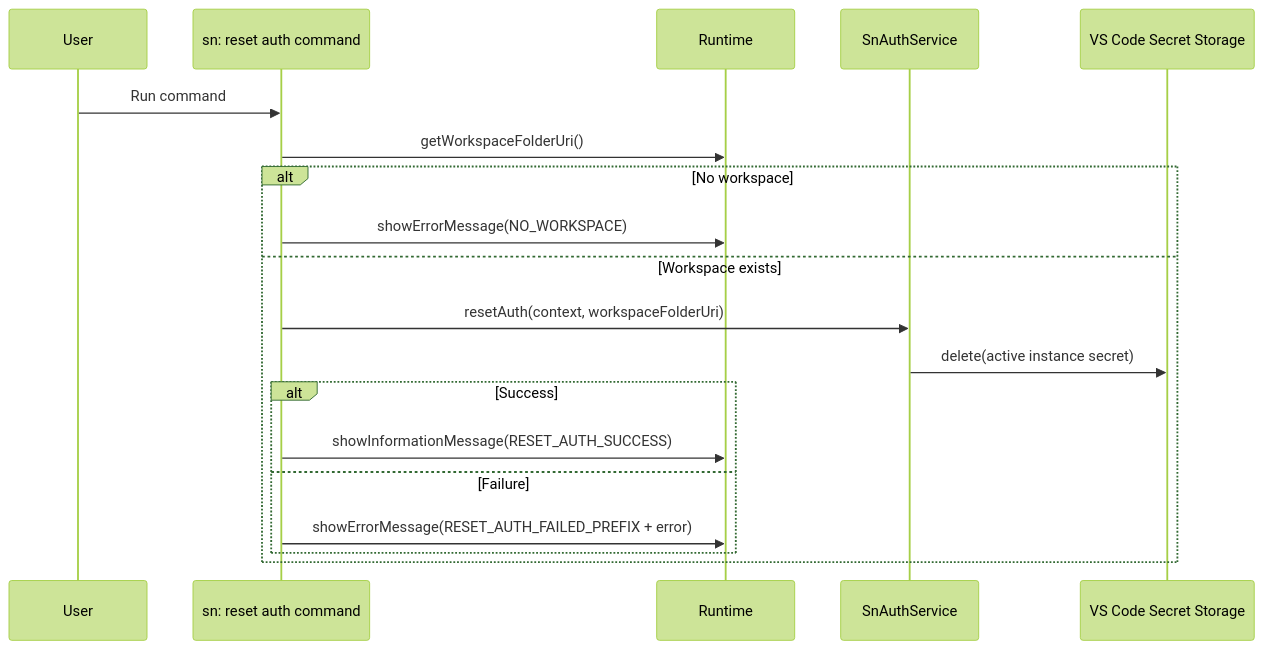
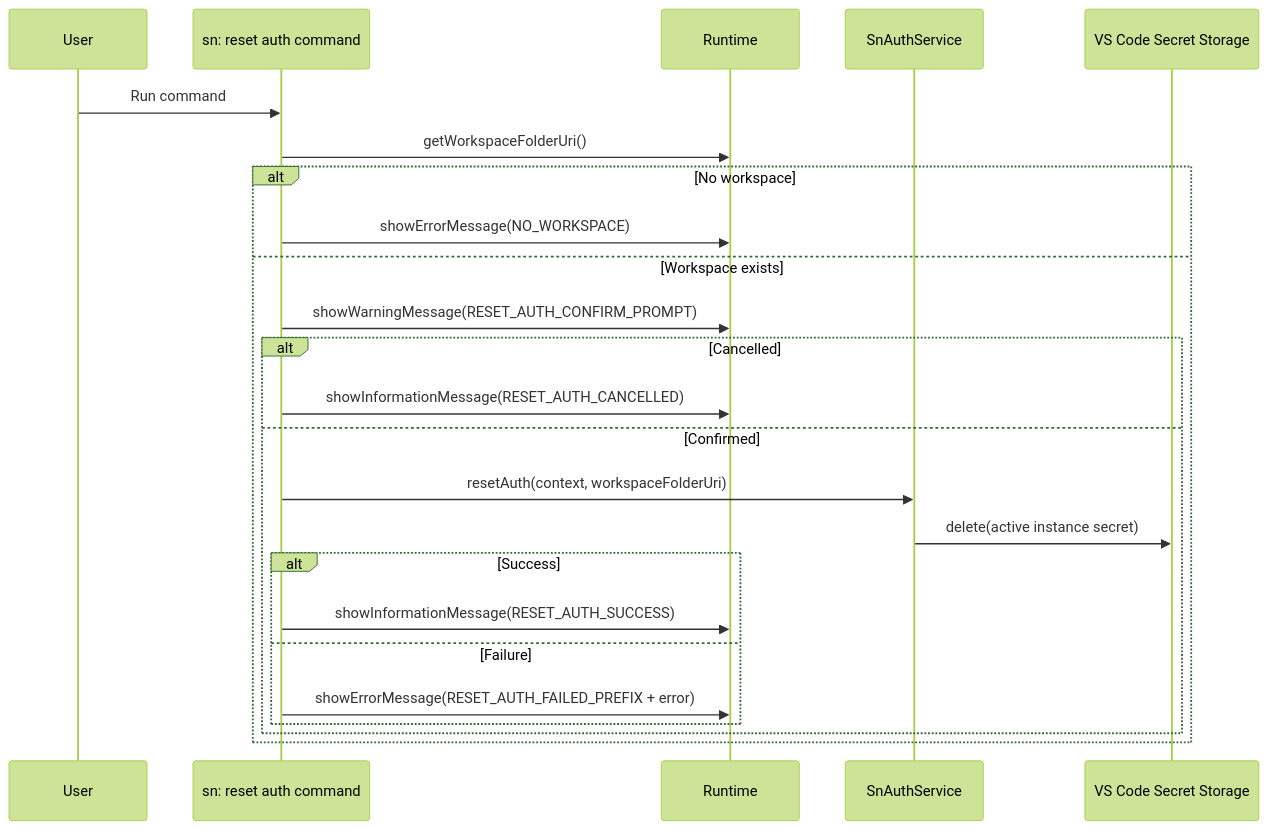
The diagram in docs/sn-reset-auth.md (AlexAlvarez092/sn-sync), drawn with Mermaid (forest theme) before and after one commit. The commit also changed other lines of this file and 1 other file, not shown here.

Commit message:
feat(confirmations): add user confirmation prompts for reset auth and reset index commands

````diff
--- a/docs/sn-reset-auth.md
+++ b/docs/sn-reset-auth.md
@@ -64,22 +67,27 @@
 ```mermaid
 sequenceDiagram
 	participant U as User
 	participant C as sn: reset auth command
 	participant R as Runtime
 	participant S as SnAuthService
 	participant SEC as VS Code Secret Storage
 
 	U->>C: Run command
 	C->>R: getWorkspaceFolderUri()
 	alt No workspace
 		C->>R: showErrorMessage(NO_WORKSPACE)
 	else Workspace exists
-		C->>S: resetAuth(context, workspaceFolderUri)
-		S->>SEC: delete(active instance secret)
-		alt Success
-			C->>R: showInformationMessage(RESET_AUTH_SUCCESS)
-		else Failure
-			C->>R: showErrorMessage(RESET_AUTH_FAILED_PREFIX + error)
+		C->>R: showWarningMessage(RESET_AUTH_CONFIRM_PROMPT)
+		alt Cancelled
+			C->>R: showInformationMessage(RESET_AUTH_CANCELLED)
+		else Confirmed
+			C->>S: resetAuth(context, workspaceFolderUri)
+			S->>SEC: delete(active instance secret)
+			alt Success
+				C->>R: showInformationMessage(RESET_AUTH_SUCCESS)
+			else Failure
+				C->>R: showErrorMessage(RESET_AUTH_FAILED_PREFIX + error)
+			end
 		end
 	end
 ```
````
